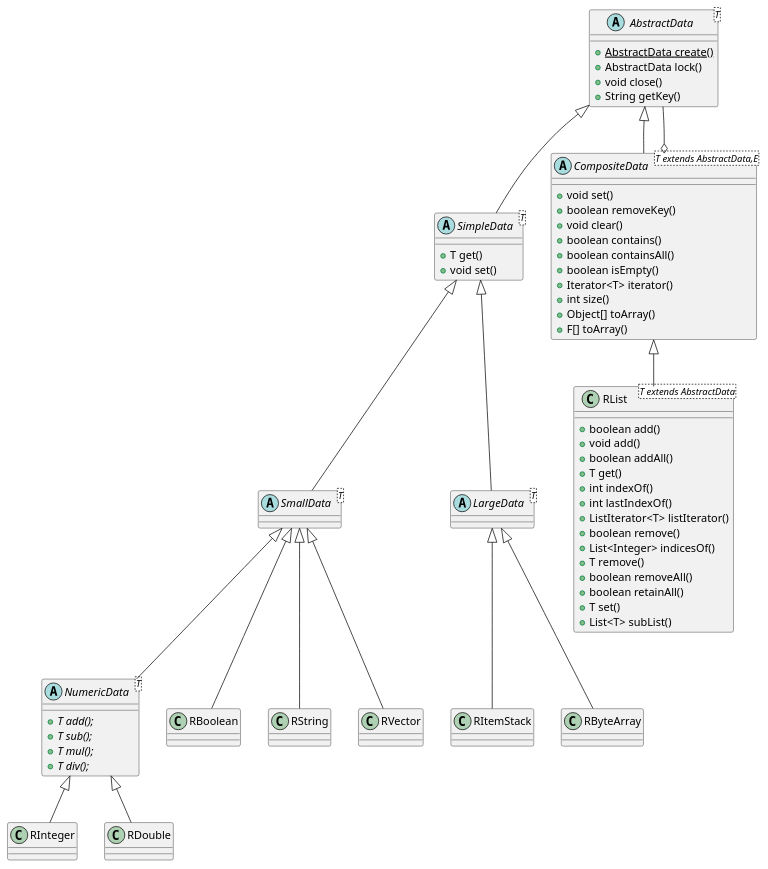
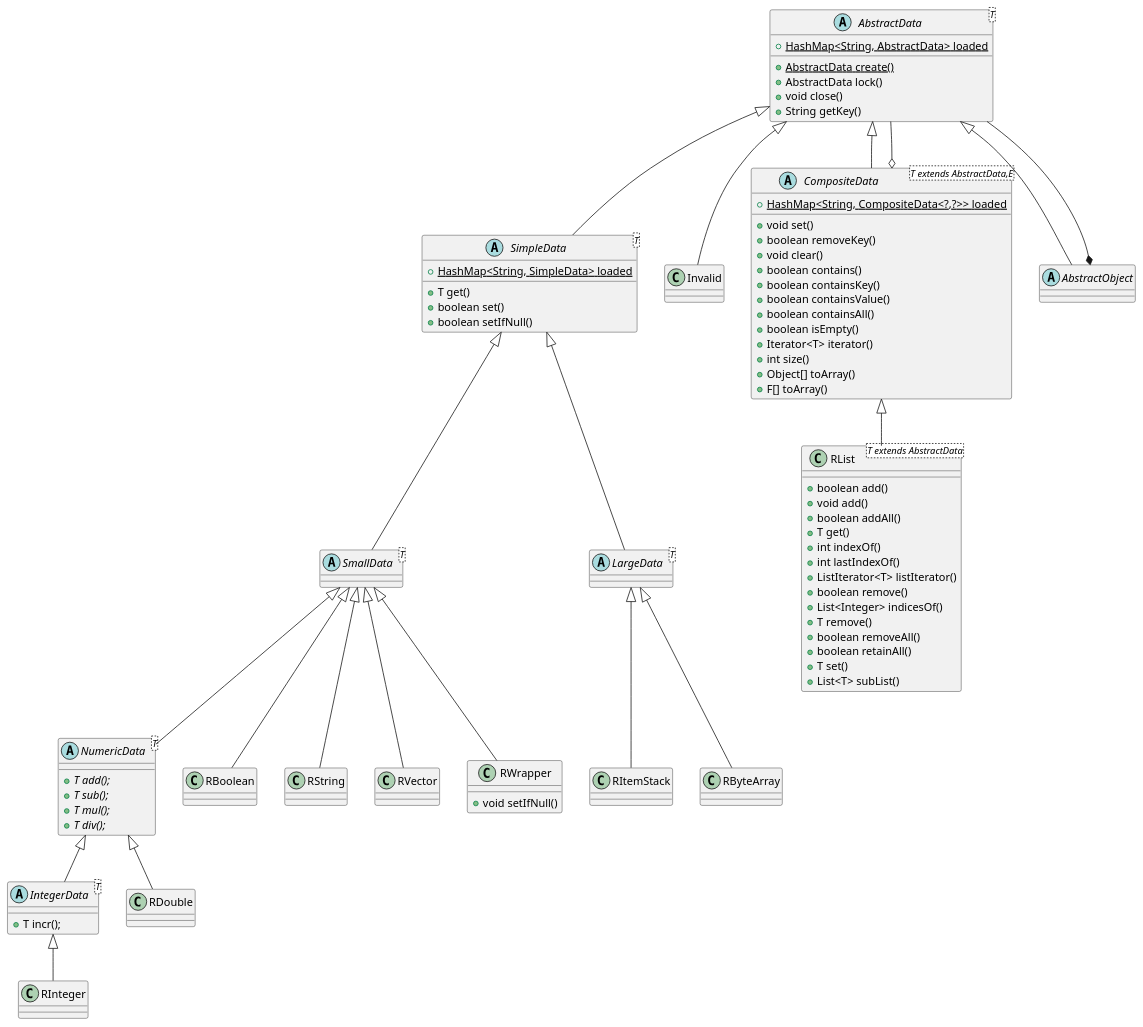
Before and after one commit to chrisb09/firecord: the diagram in DataTypes.puml, drawn with PlantUML. The commit also changed 1 other file, not shown here.

Commit message:
update UML class diagram

```diff
--- a/DataTypes.puml
+++ b/DataTypes.puml
@@ -1,97 +1,121 @@
 @startuml DataType
 
 abstract AbstractData
 
 abstract AbstractData <T> {
+    + {static} HashMap<String, AbstractData> loaded
     + {static} AbstractData create()
     + AbstractData lock()
     + void close()
     + String getKey()
 }
 
 abstract SmallData <T> extends SimpleData {
 
 }
 
 abstract LargeData <T> extends SimpleData {
 
 }
 
 abstract SimpleData<T> extends AbstractData {
+    + {static} HashMap<String, SimpleData> loaded
     + T get()
-    + void set()
+    + boolean set()
+    + boolean setIfNull()
+}
+
+class Invalid extends AbstractData {
+
 }
 
 abstract NumericData<T> extends SmallData {
     + {abstract} T add();
     + {abstract} T sub();
     + {abstract} T mul();
     + {abstract} T div();
+}
+
+abstract IntegerData<T> extends NumericData {
+    + T incr();
 }
 
 class RBoolean extends SmallData {
     
 }
 
 class RString extends SmallData {
     
 }
 
 class RVector extends SmallData {
     
 }
 
-class RInteger extends NumericData {
+class RWrapper extends SmallData {
+    + void setIfNull()
+}
+
+class RInteger extends IntegerData {
 
 }
 
 class RDouble extends NumericData {
 
 }
 
 
 class RItemStack extends LargeData {
     
 }
 
 class RByteArray extends LargeData {
     
 }
 
 
 abstract CompositeData <T extends AbstractData,E> extends AbstractData {
+    + {static} HashMap<String, CompositeData<?,?>> loaded
     + void set()
     + boolean removeKey()
     + void clear()
     + boolean contains()
+    + boolean containsKey()
+    + boolean containsValue()
     + boolean containsAll()
     + boolean isEmpty()
     + Iterator<T> iterator()
     + int size()
     + Object[] toArray()
     + F[] toArray()
 }
 
 class RList <T extends AbstractData> extends CompositeData {
     + boolean add()
     + void add()
     + boolean addAll()
     + T get()
     + int indexOf()
     + int lastIndexOf()
     + ListIterator<T> listIterator()
     + boolean remove()
     + List<Integer> indicesOf()
     + T remove()
     + boolean removeAll()
     + boolean retainAll()
     + T set()
     + List<T> subList()
 
 }
 
 CompositeData o-- AbstractData
 
+abstract AbstractObject extends AbstractData {
+
+}
+
+AbstractObject *-- AbstractData
+
 
 
 @enduml
```
